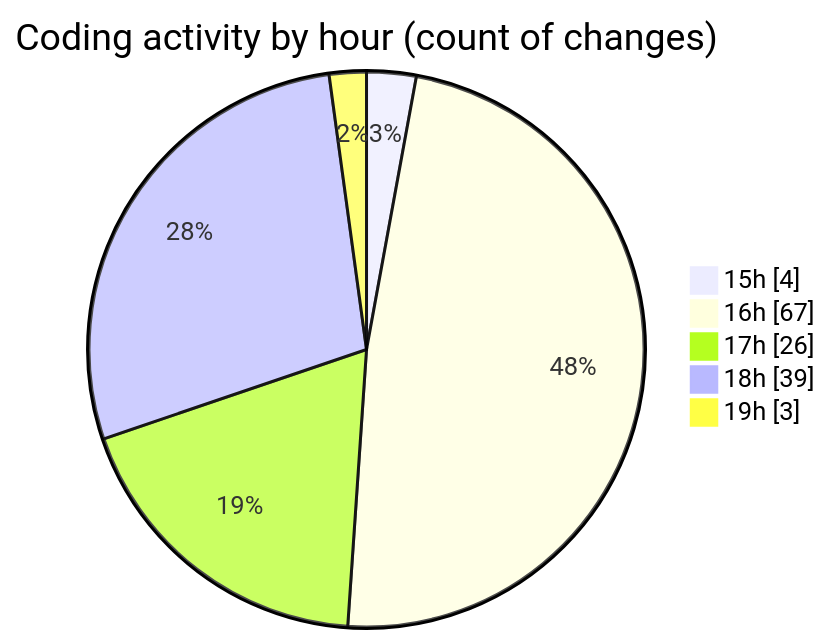
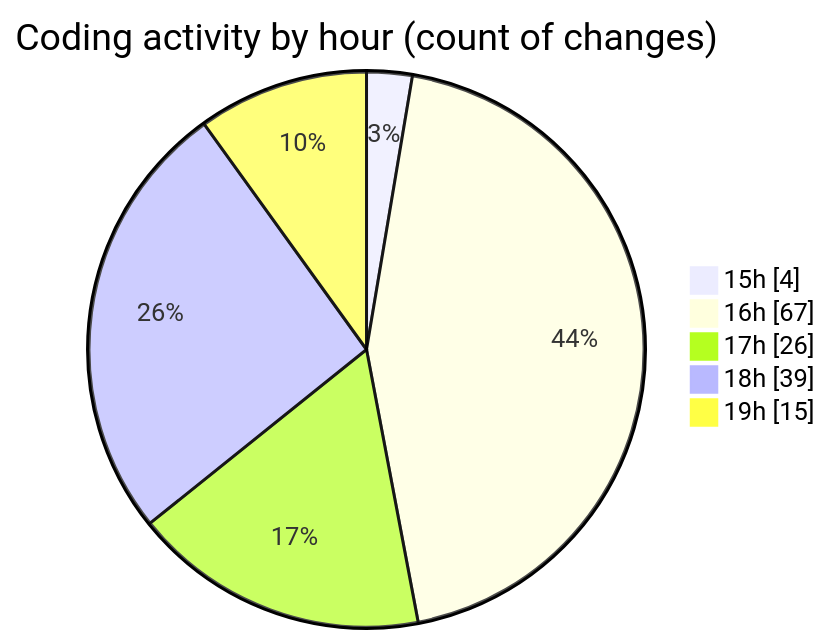
The second of 2 diagrams in 2025-05-26/zip_file/README.md (Ritupan-Deka/code-tracking), drawn with Mermaid before and after one commit. The commit also changed other lines of this file and 1 other file, not shown here.

````diff
--- a/2025-05-26/zip_file/README.md
+++ b/2025-05-26/zip_file/README.md
@@ -44,9 +44,9 @@
 ```mermaid
 pie showData
 title Coding activity by hour (count of changes)
 "15h" : 4
 "16h" : 67
 "17h" : 26
 "18h" : 39
-"19h" : 3
+"19h" : 15
 ```
````
